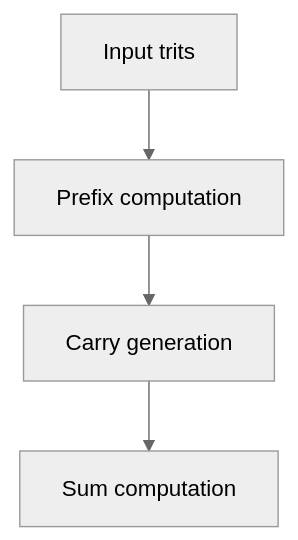
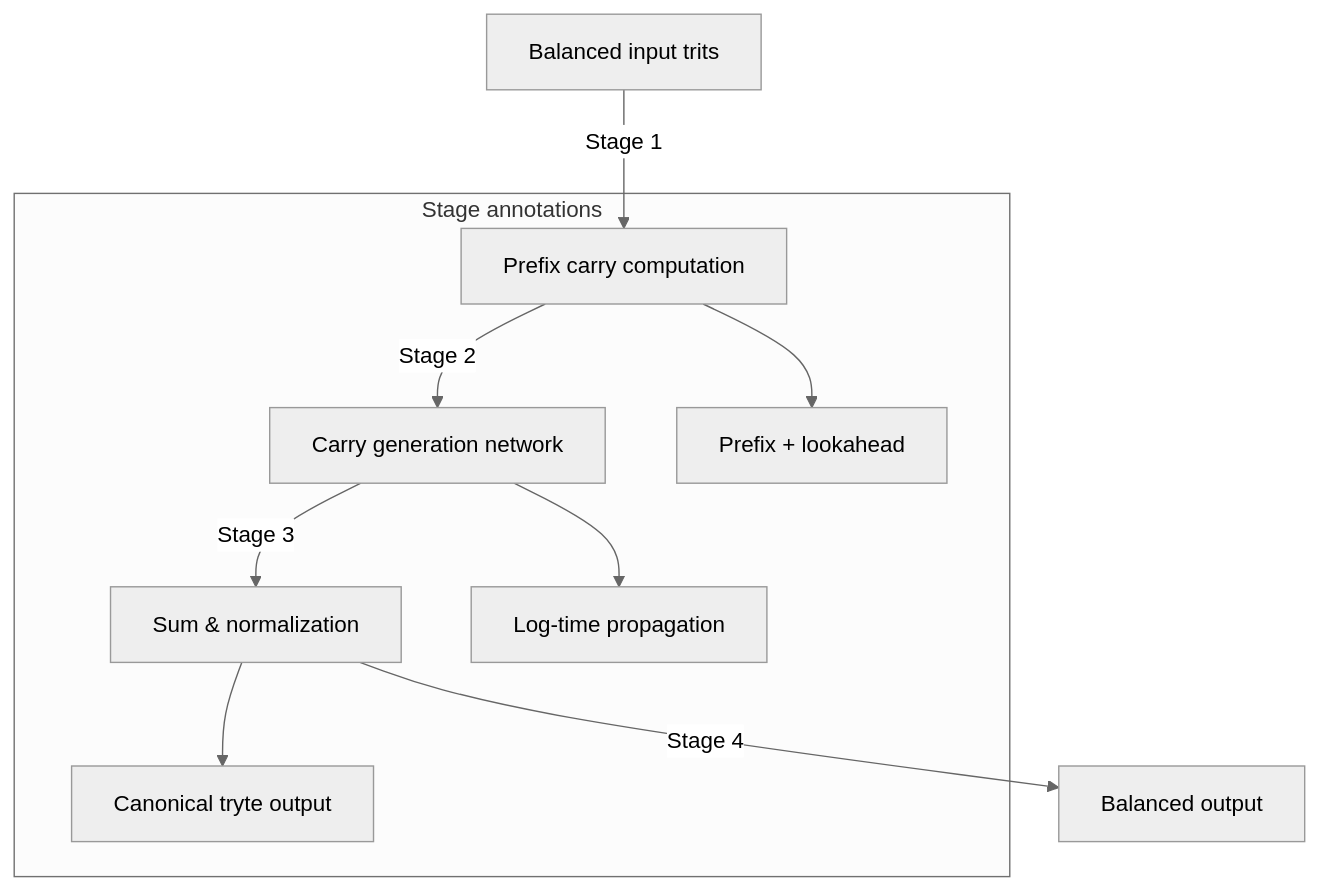
The diagram in doc/diagrams/kogge-stone-mermaid.md (t81dev/t81lib), drawn with Mermaid (neutral theme) before and after one commit. The commit also changed 4 other files, not shown here.

Commit message:
diagrams

````diff
--- a/doc/diagrams/kogge-stone-mermaid.md
+++ b/doc/diagrams/kogge-stone-mermaid.md
@@ -5,6 +5,12 @@
 ```mermaid
 graph TD
-    A[Input trits] --> B[Prefix computation]
-    B --> C[Carry generation]
-    C --> D[Sum computation]
+    A[Balanced input trits] -->|Stage 1| B[Prefix carry computation]
+    B -->|Stage 2| C[Carry generation network]
+    C -->|Stage 3| D[Sum & normalization]
+    D -->|Stage 4| E[Balanced output]
+    subgraph Stage annotations
+        B --> F[Prefix + lookahead]
+        C --> G[Log-time propagation]
+        D --> H[Canonical tryte output]
+    end
 ```
````
